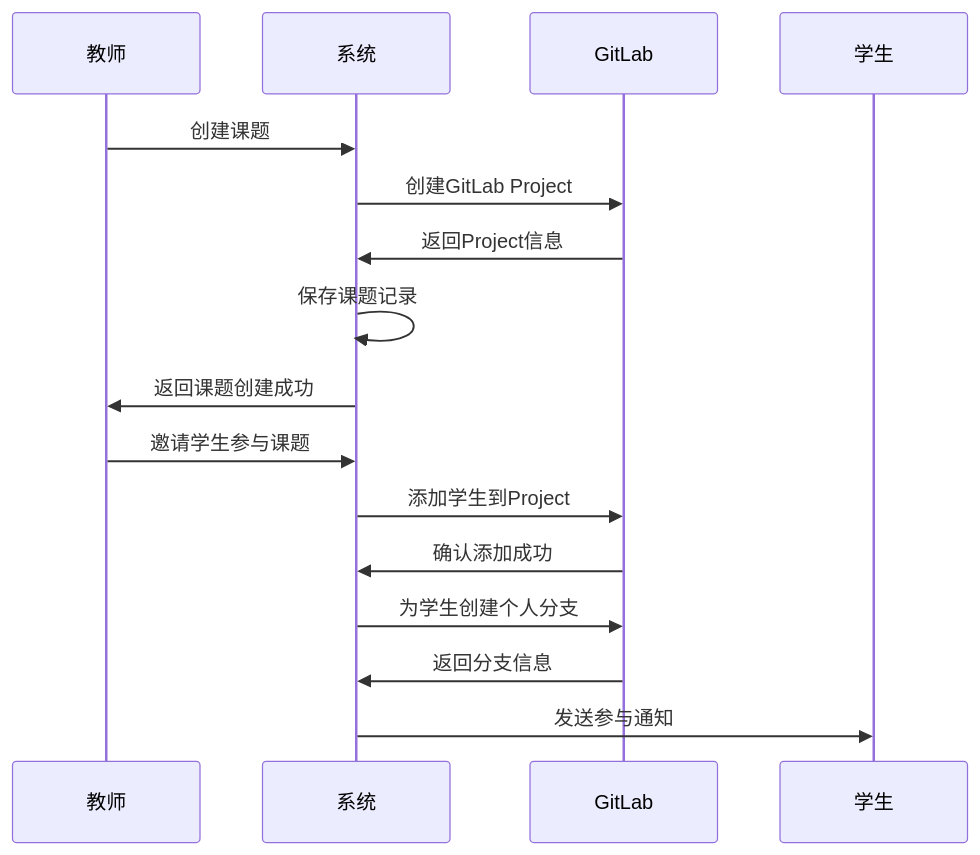
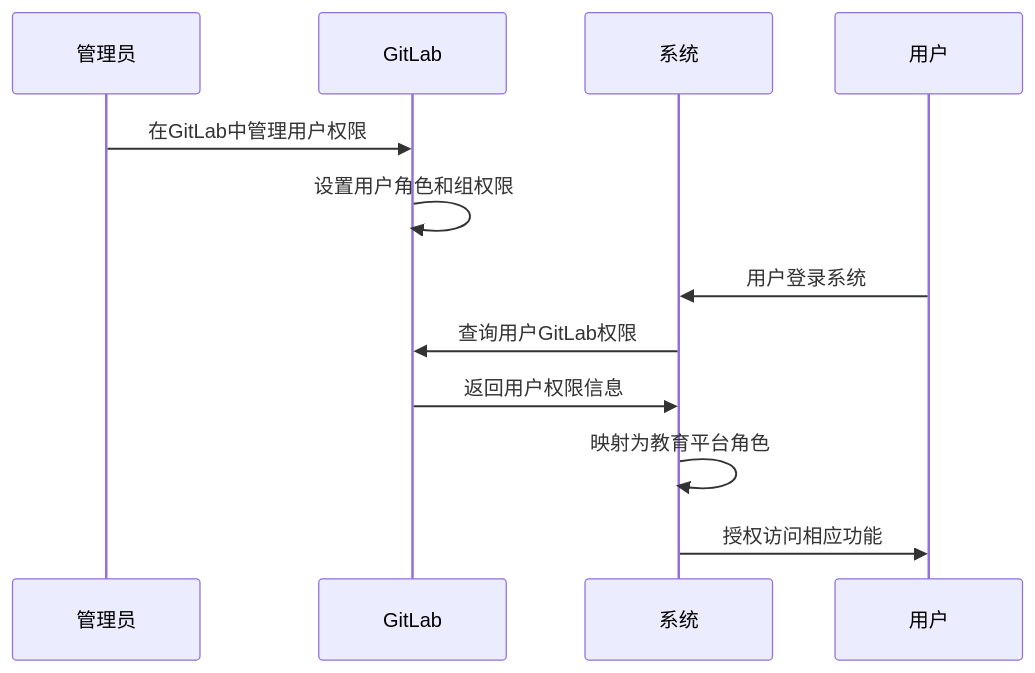
Before and after one commit to richenlin/gitlabex: the third of 4 diagrams in docs/SOLUTION.md, drawn with Mermaid. The commit also changed other lines of this file and 36 other files, not shown here.

````diff
--- a/docs/SOLUTION.md
+++ b/docs/SOLUTION.md
@@ -137,20 +140,16 @@
 ```mermaid
 sequenceDiagram
-    participant T as 教师
+    participant A as 管理员
+    participant G as GitLab
     participant S as 系统
-    participant G as GitLab
-    participant St as 学生
+    participant U as 用户
     
-    T->>S: 创建课题
-    S->>G: 创建GitLab Project
-    G->>S: 返回Project信息
-    S->>S: 保存课题记录
-    S->>T: 返回课题创建成功
+    A->>G: 在GitLab中管理用户权限
+    G->>G: 设置用户角色和组权限
     
-    T->>S: 邀请学生参与课题
-    S->>G: 添加学生到Project
-    G->>S: 确认添加成功
-    S->>G: 为学生创建个人分支
-    G->>S: 返回分支信息
-    S->>St: 发送参与通知
+    U->>S: 用户登录系统
+    S->>G: 查询用户GitLab权限
+    G->>S: 返回用户权限信息
+    S->>S: 映射为教育平台角色
+    S->>U: 授权访问相应功能
 ```
````
